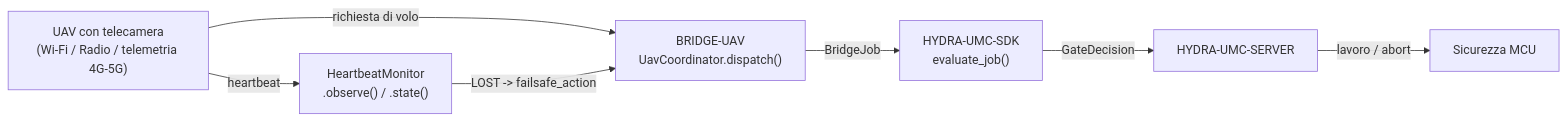
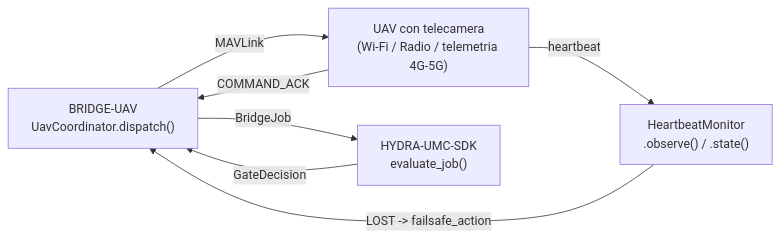
Before and after one commit to JuanenRac/HYDRA-UMC-BRIDGE-UAV: the diagram in README_ita.md, drawn with Mermaid. The commit also changed other lines of this file and 23 other files, not shown here.

Commit message:
Explicit altitude frame and COMMAND_INT for waypoints, flight envelope, safe-state requests that always get through, DISARM and ACK matching (0.1.1)

````diff
--- a/README_ita.md
+++ b/README_ita.md
@@ -50,9 +51,9 @@
 ```mermaid
 flowchart LR
-    UAV["UAV con telecamera<br/>(Wi-Fi / Radio / telemetria 4G-5G)"] -- "richiesta di volo" --> BRIDGE["BRIDGE-UAV<br/>UavCoordinator.dispatch()"]
+    BRIDGE["BRIDGE-UAV<br/>UavCoordinator.dispatch()"] -- "MAVLink" --> UAV["UAV con telecamera<br/>(Wi-Fi / Radio / telemetria 4G-5G)"]
+    UAV -- "COMMAND_ACK" --> BRIDGE
     UAV -- "heartbeat" --> HB["HeartbeatMonitor<br/>.observe() / .state()"]
     HB -- "LOST -> failsafe_action" --> BRIDGE
     BRIDGE -- BridgeJob --> SDK["HYDRA-UMC-SDK<br/>evaluate_job()"]
-    SDK -- GateDecision --> SERVER["HYDRA-UMC-SERVER"]
-    SERVER -- "lavoro / abort" --> MCU["Sicurezza MCU"]
+    SDK -- GateDecision --> BRIDGE
 ```
````
